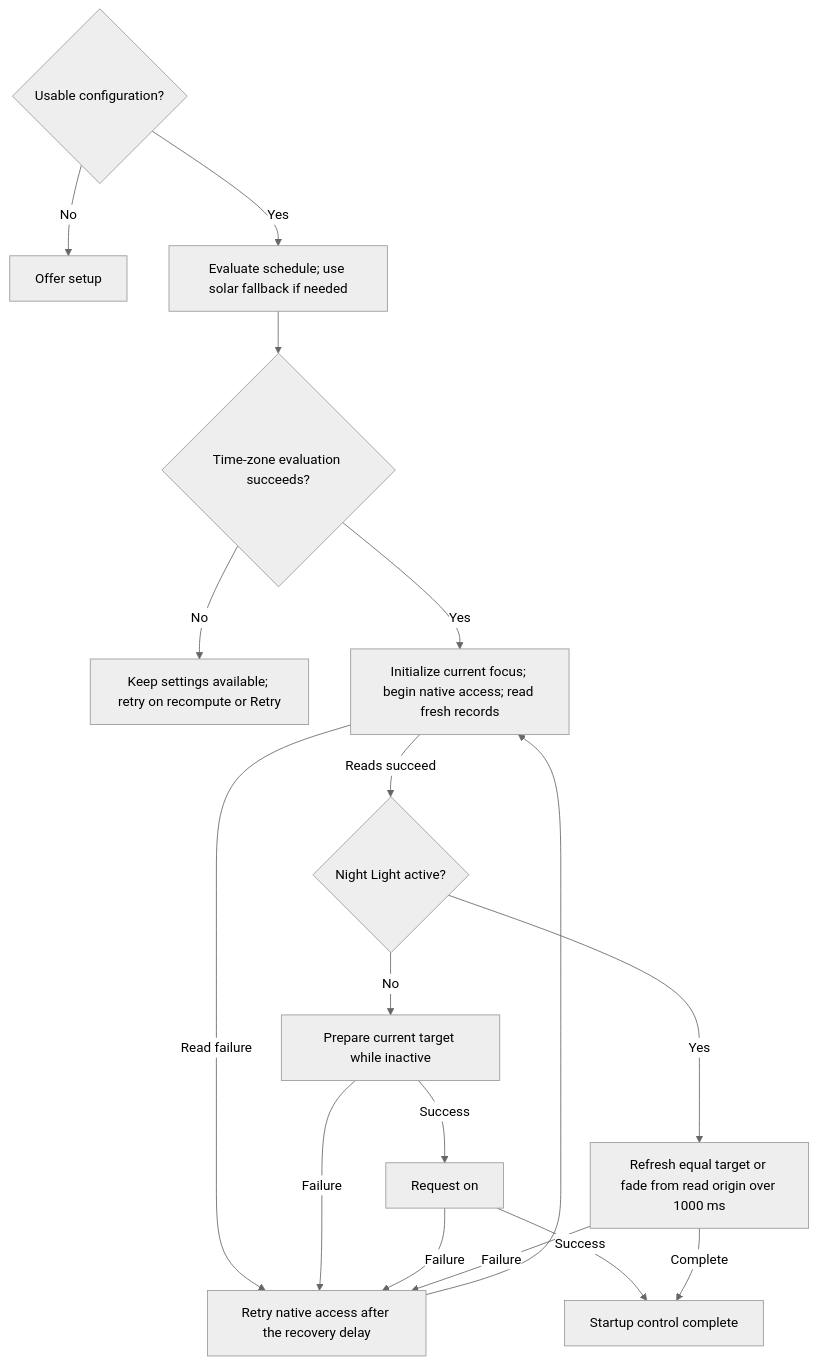
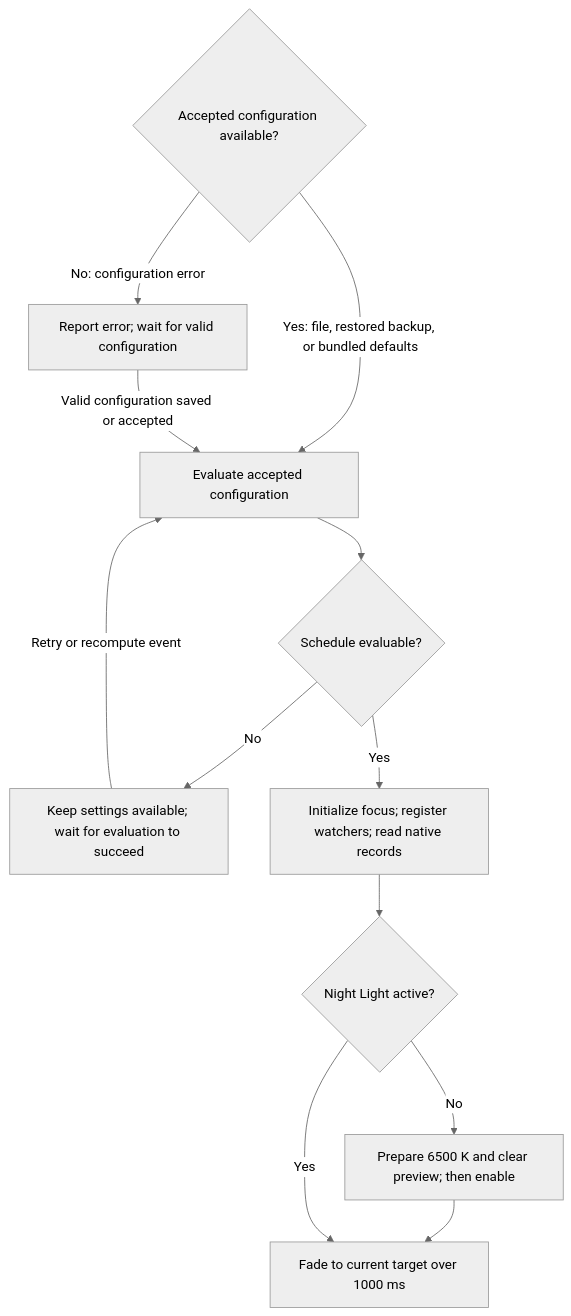
Before and after one commit to kvnxiao/circadia: the first of 2 diagrams in docs/specs/control.md, drawn with Mermaid (neutral theme). The commit also changed other lines of this file and 28 other files, not shown here.

````diff
--- a/docs/specs/control.md
+++ b/docs/specs/control.md
@@ -34,19 +30,14 @@
 ```mermaid
 flowchart TD
-  C{"Usable configuration?"} -->|No| Setup["Offer setup"]
-  C -->|Yes| S["Evaluate schedule; use solar fallback if needed"]
-  S --> T{"Time-zone evaluation succeeds?"}
-  T -->|No| Wait["Keep settings available; retry on recompute or Retry"]
-  T -->|Yes| R["Initialize current focus; begin native access; read fresh records"]
-  R -->|Read failure| Error["Retry native access after the recovery delay"]
-  R -->|Reads succeed| A{"Night Light active?"}
-  A -->|No| P["Prepare current target while inactive"]
-  P -->|Success| On["Request on"]
-  P -->|Failure| Error
-  On -->|Success| Done["Startup control complete"]
-  On -->|Failure| Error
-  A -->|Yes| F["Refresh equal target or fade from read origin over 1000 ms"]
-  F -->|Complete| Done
-  F -->|Failure| Error
-  Error --> R
+  C{"Accepted configuration available?"} -->|"No: configuration error"| Wait["Report error; wait for valid configuration"]
+  C -->|"Yes: file, restored backup, or bundled defaults"| S["Evaluate accepted configuration"]
+  Wait -->|"Valid configuration saved or accepted"| S
+  S --> T{"Schedule evaluable?"}
+  T -->|No| Error["Keep settings available; wait for evaluation to succeed"]
+  Error -->|"Retry or recompute event"| S
+  T -->|Yes| R["Initialize focus; register watchers; read native records"]
+  R --> A{"Night Light active?"}
+  A -->|No| P["Prepare 6500 K and clear preview; then enable"]
+  P --> F["Fade to current target over 1000 ms"]
+  A -->|Yes| F
 ```
````
